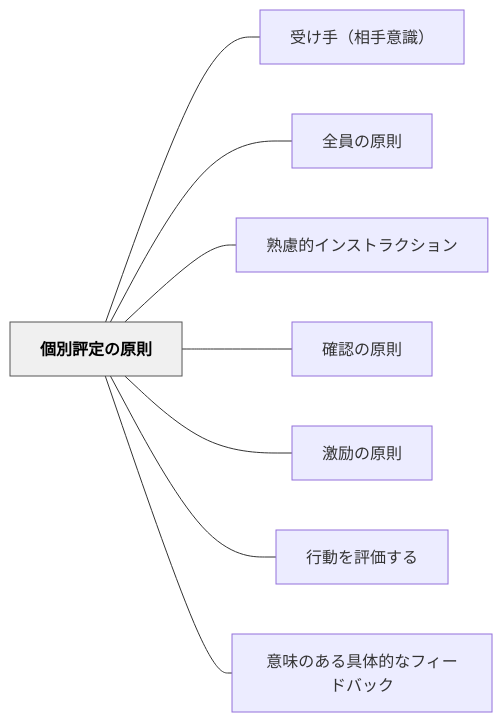
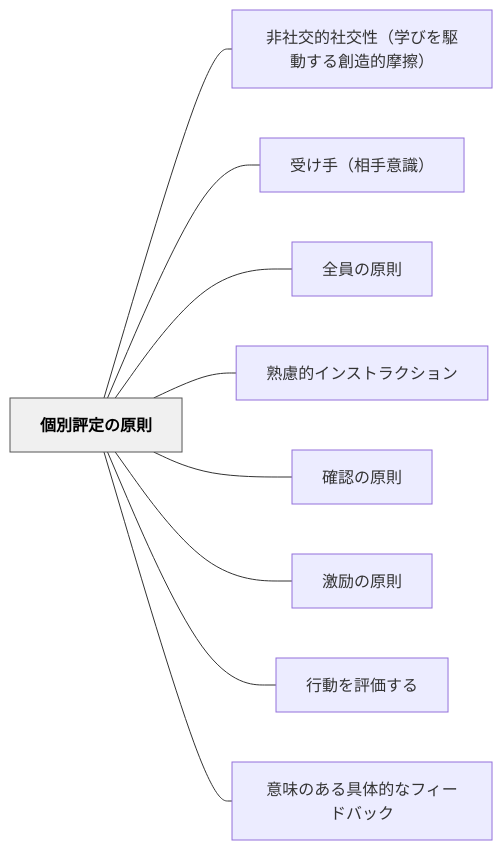
Before and after one commit to unknownthings-ed-patterns/unknownthings-ed-patterns: the diagram in content/パタン/個別評定の原則.md, drawn with Mermaid. The commit also changed other lines of this file and 14 other files, not shown here.

````diff
--- a/content/パタン/個別評定の原則.md
+++ b/content/パタン/個別評定の原則.md
@@ -36,22 +36,24 @@
 ```mermaid
 flowchart LR
     ne5808be588a5e8a995e5ae9ae381aee58e9fe58987["個別評定の原則"]
+    ne99d9ee7a4bee4baa4e79a84e7a4bee4baa4e680a7efbc88e5ada6e381b3e38292e9a786e58b95e38199e3828be589b5e980a0e79a84e691a9e693a6efbc89["非社交的社交性（学びを駆動する創造的摩擦）"]
     ne58f97e38191e6898befbc88e79bb8e6898be6848fe8ad98efbc89["受け手（相手意識）"]
     ne585a8e593a1e381aee58e9fe58987["全員の原則"]
     ne7869fe685aee79a84e382a4e383b3e382b9e38388e383a9e382afe382b7e383a7e383b3["熟慮的インストラクション"]
     ne7a2bae8aa8de381aee58e9fe58987["確認の原則"]
     ne6bf80e58ab1e381aee58e9fe58987["激励の原則"]
     ne8a18ce58b95e38292e8a995e4bea1e38199e3828b["行動を評価する"]
     ne6848fe591b3e381aee38182e3828be585b7e4bd93e79a84e381aae38395e382a3e383bce38389e38390e38383e382af["意味のある具体的なフィードバック"]
 
+    ne5808be588a5e8a995e5ae9ae381aee58e9fe58987 --- ne99d9ee7a4bee4baa4e79a84e7a4bee4baa4e680a7efbc88e5ada6e381b3e38292e9a786e58b95e38199e3828be589b5e980a0e79a84e691a9e693a6efbc89
     ne5808be588a5e8a995e5ae9ae381aee58e9fe58987 --- ne58f97e38191e6898befbc88e79bb8e6898be6848fe8ad98efbc89
     ne5808be588a5e8a995e5ae9ae381aee58e9fe58987 --- ne585a8e593a1e381aee58e9fe58987
     ne5808be588a5e8a995e5ae9ae381aee58e9fe58987 --- ne7869fe685aee79a84e382a4e383b3e382b9e38388e383a9e382afe382b7e383a7e383b3
     ne5808be588a5e8a995e5ae9ae381aee58e9fe58987 --- ne7a2bae8aa8de381aee58e9fe58987
     ne5808be588a5e8a995e5ae9ae381aee58e9fe58987 --- ne6bf80e58ab1e381aee58e9fe58987
     ne5808be588a5e8a995e5ae9ae381aee58e9fe58987 --- ne8a18ce58b95e38292e8a995e4bea1e38199e3828b
     ne5808be588a5e8a995e5ae9ae381aee58e9fe58987 --- ne6848fe591b3e381aee38182e3828be585b7e4bd93e79a84e381aae38395e382a3e383bce38389e38390e38383e382af
 
     classDef hub fill:#f0f0f0,stroke:#555,color:#000,font-weight:bold
     class ne5808be588a5e8a995e5ae9ae381aee58e9fe58987 hub
 ```
````
